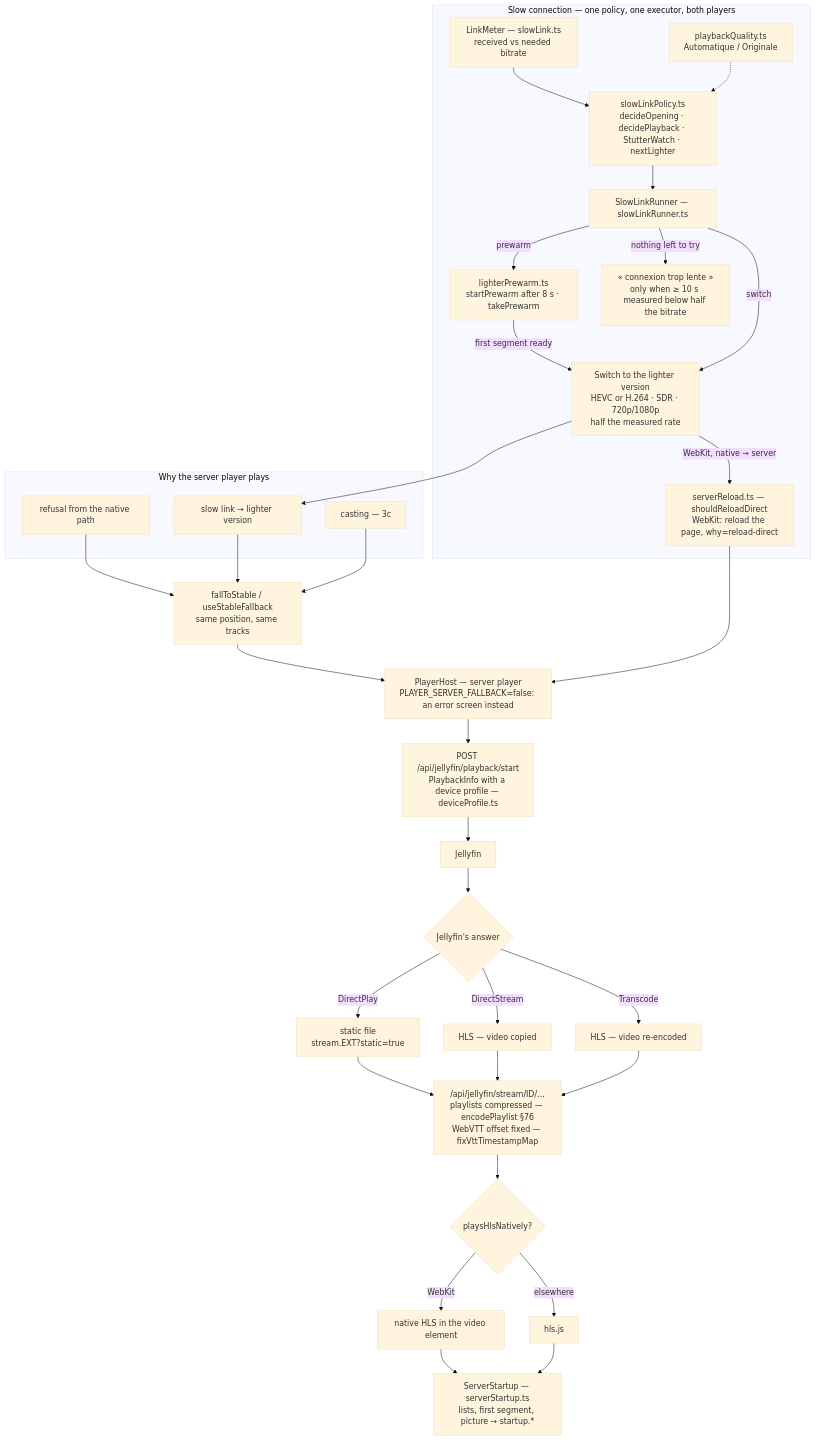
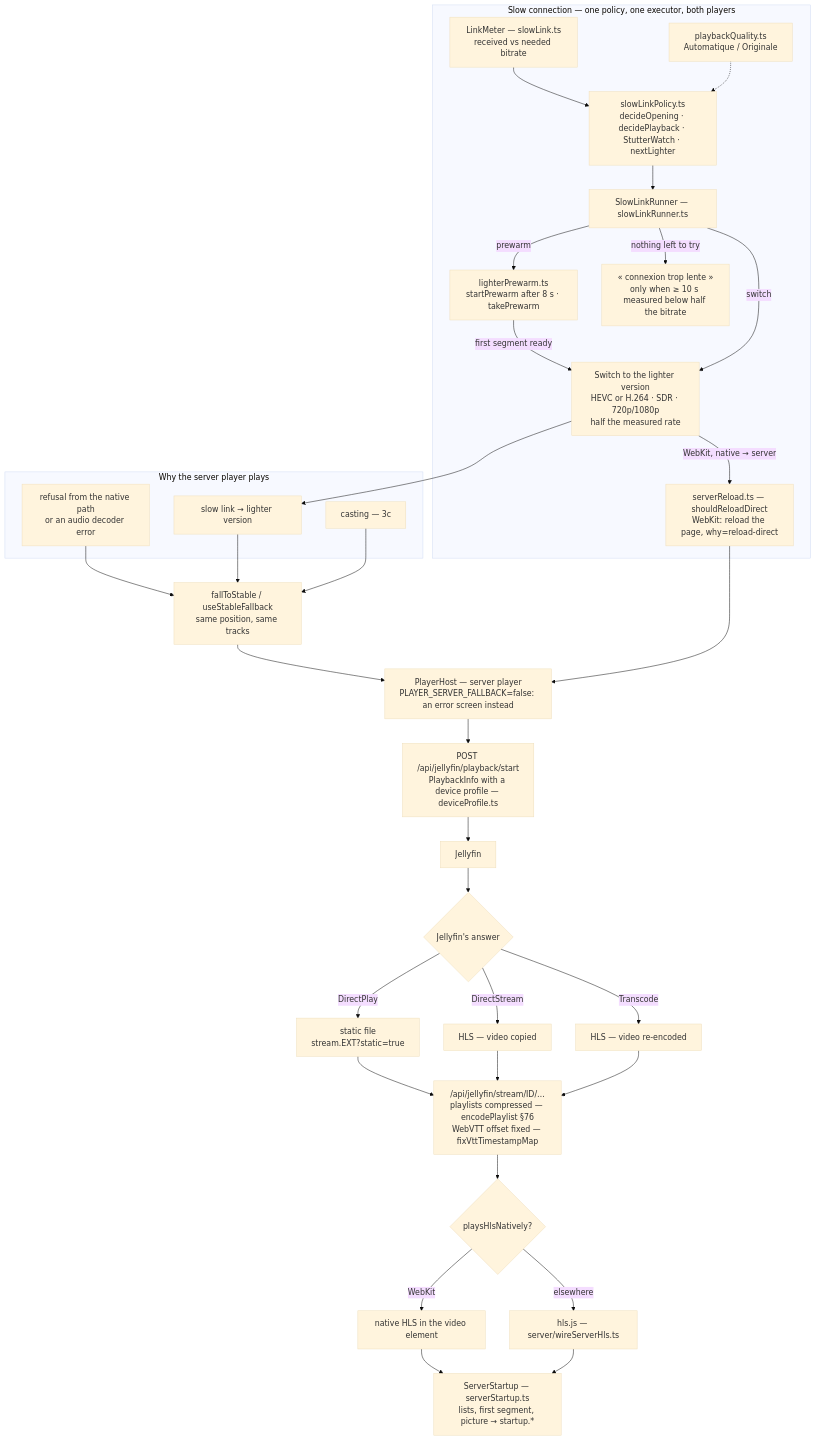
The fourth of 10 diagrams in DOC-TECH.md (LK59/cine-app), drawn with Mermaid (base theme) before and after one commit. The commit also changed other lines of this file and 8 other files, not shown here.

First line of the commit message:
Documentation : plan de l'application à jour (Laterna) et ARCHITECTURE.svg régénéré par un outil

````diff
--- a/DOC-TECH.md
+++ b/DOC-TECH.md
@@ -347,47 +401,47 @@
 ```mermaid
 flowchart TB
     subgraph CAUSE["Why the server player plays"]
-        R1["refusal from the native path"]
+        R1["refusal from the native path<br/>or an audio decoder error"]
         R2["slow link → lighter version"]
         R3["casting — 3c"]
     end
     R1 --> FTS["fallToStable / useStableFallback<br/>same position, same tracks"]
     R2 --> FTS
     R3 --> FTS
     FTS --> SPH["PlayerHost — server player<br/>PLAYER_SERVER_FALLBACK=false: an error screen instead"]
     SPH --> NEG["POST /api/jellyfin/playback/start<br/>PlaybackInfo with a device profile — deviceProfile.ts"]
     NEG --> JFN["Jellyfin"]
     JFN --> ANS{"Jellyfin's answer"}
     ANS -->|"DirectPlay"| DPL["static file<br/>stream.EXT?static=true"]
     ANS -->|"DirectStream"| DST["HLS — video copied"]
     ANS -->|"Transcode"| TRC["HLS — video re-encoded"]
     DPL --> RELAY
     DST --> RELAY
     TRC --> RELAY
     RELAY["/api/jellyfin/stream/ID/…<br/>playlists compressed — encodePlaylist §76<br/>WebVTT offset fixed — fixVttTimestampMap"]
     RELAY --> HQ{"playsHlsNatively?"}
     HQ -->|"WebKit"| NHLS["native HLS in the video element"]
-    HQ -->|"elsewhere"| HJS["hls.js"]
+    HQ -->|"elsewhere"| HJS["hls.js — server/wireServerHls.ts"]
     NHLS --> SUP["ServerStartup — serverStartup.ts<br/>lists, first segment, picture → startup.*"]
     HJS --> SUP
 
     subgraph SLOW["Slow connection — one policy, one executor, both players"]
         LM["LinkMeter — slowLink.ts<br/>received vs needed bitrate"]
         POL["slowLinkPolicy.ts<br/>decideOpening · decidePlayback · StutterWatch · nextLighter"]
         RUN["SlowLinkRunner — slowLinkRunner.ts"]
         PRE["lighterPrewarm.ts<br/>startPrewarm after 8 s · takePrewarm"]
         SWI["Switch to the lighter version<br/>HEVC or H.264 · SDR · 720p/1080p<br/>half the measured rate"]
         RLD["serverReload.ts — shouldReloadDirect<br/>WebKit: reload the page, why=reload-direct"]
         GIVE["« connexion trop lente »<br/>only when ≥ 10 s measured below half the bitrate"]
         QUAL["playbackQuality.ts<br/>Automatique / Originale"]
     end
     LM --> POL --> RUN
     QUAL -.-> POL
     RUN -->|"prewarm"| PRE
     PRE -->|"first segment ready"| SWI
     RUN -->|"switch"| SWI
     SWI -->|"WebKit, native → server"| RLD
     SWI --> R2
     RLD --> SPH
     RUN -->|"nothing left to try"| GIVE
 ```
````
